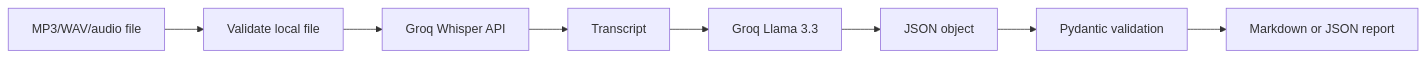
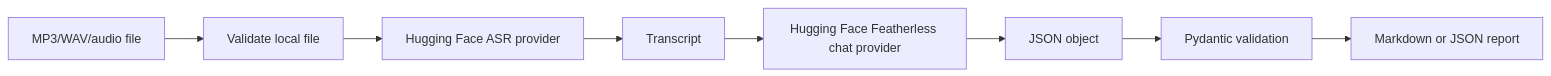
Before and after one commit to shallow2024/Day4-audio-transcription-action-item-summarizer: the diagram in README.md, drawn with Mermaid. The commit also changed other lines of this file and 3 other files, not shown here.

Commit message:
feat: support hugging face audio pipeline

````diff
--- a/README.md
+++ b/README.md
@@ -20,10 +20,10 @@
 ```mermaid
 flowchart LR
     A[MP3/WAV/audio file] --> B[Validate local file]
-    B --> C[Groq Whisper API]
+    B --> C[Hugging Face ASR provider]
     C --> D[Transcript]
-    D --> E[Groq Llama 3.3]
+    D --> E[Hugging Face Featherless chat provider]
     E --> F[JSON object]
     F --> G[Pydantic validation]
     G --> H[Markdown or JSON report]
 ```
````
